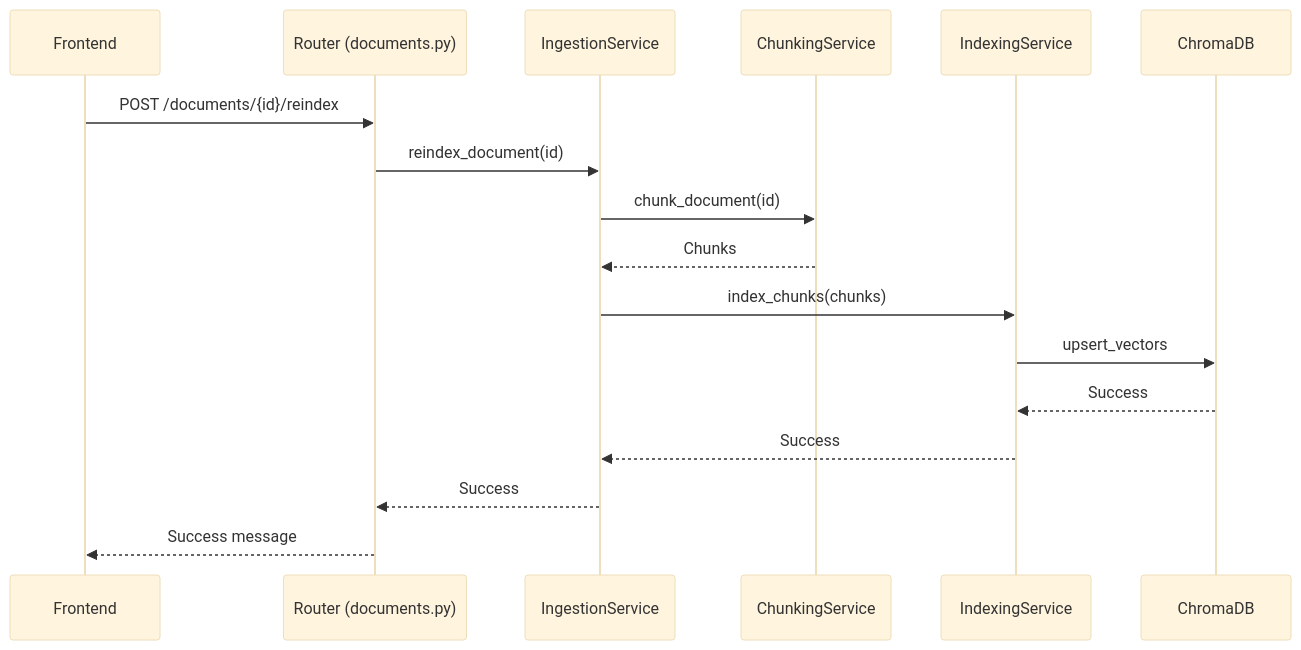
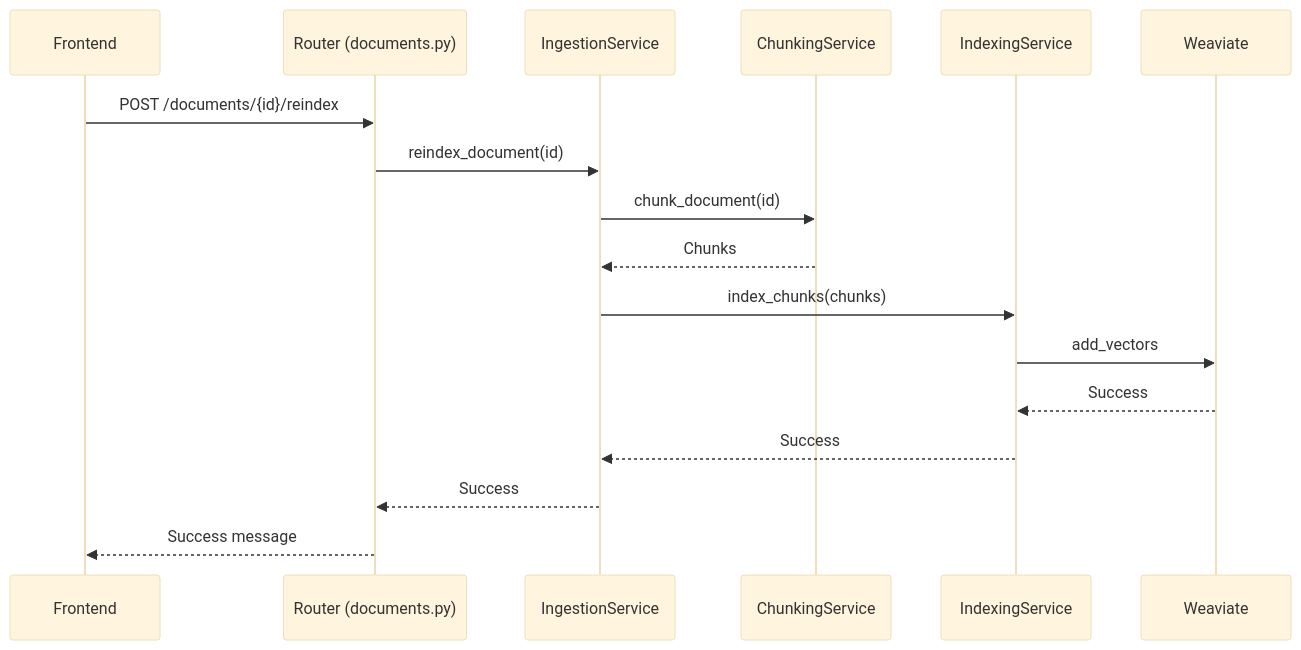
Before and after one commit to thaihai-swe/chatbot-with-data: the diagram in docs/diagrams/api/reindex-document.md, drawn with Mermaid (base theme). The commit also changed 18 other files, not shown here.

````diff
--- a/docs/diagrams/api/reindex-document.md
+++ b/docs/diagrams/api/reindex-document.md
@@ -3,20 +3,20 @@
 ```mermaid
 sequenceDiagram
     participant Frontend
     participant Router as Router (documents.py)
     participant IngestionService
     participant ChunkingService
     participant IndexingService
-    participant ChromaDB
+    participant Weaviate
     
     Frontend->>Router: POST /documents/{id}/reindex
     Router->>IngestionService: reindex_document(id)
     IngestionService->>ChunkingService: chunk_document(id)
     ChunkingService-->>IngestionService: Chunks
     IngestionService->>IndexingService: index_chunks(chunks)
-    IndexingService->>ChromaDB: upsert_vectors
-    ChromaDB-->>IndexingService: Success
+    IndexingService->>Weaviate: add_vectors
+    Weaviate-->>IndexingService: Success
     IndexingService-->>IngestionService: Success
     IngestionService-->>Router: Success
     Router-->>Frontend: Success message
 ```
````
